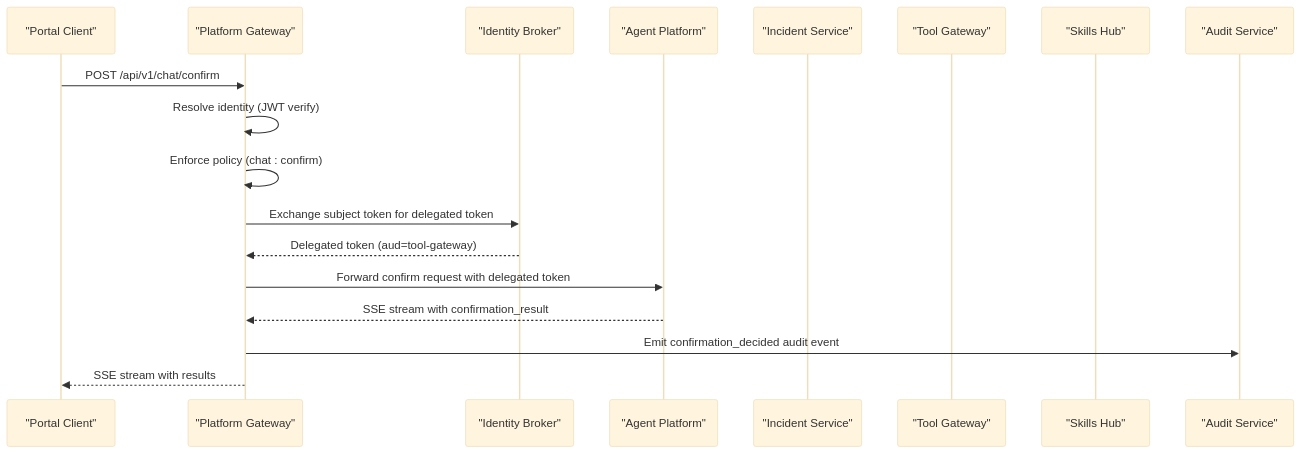
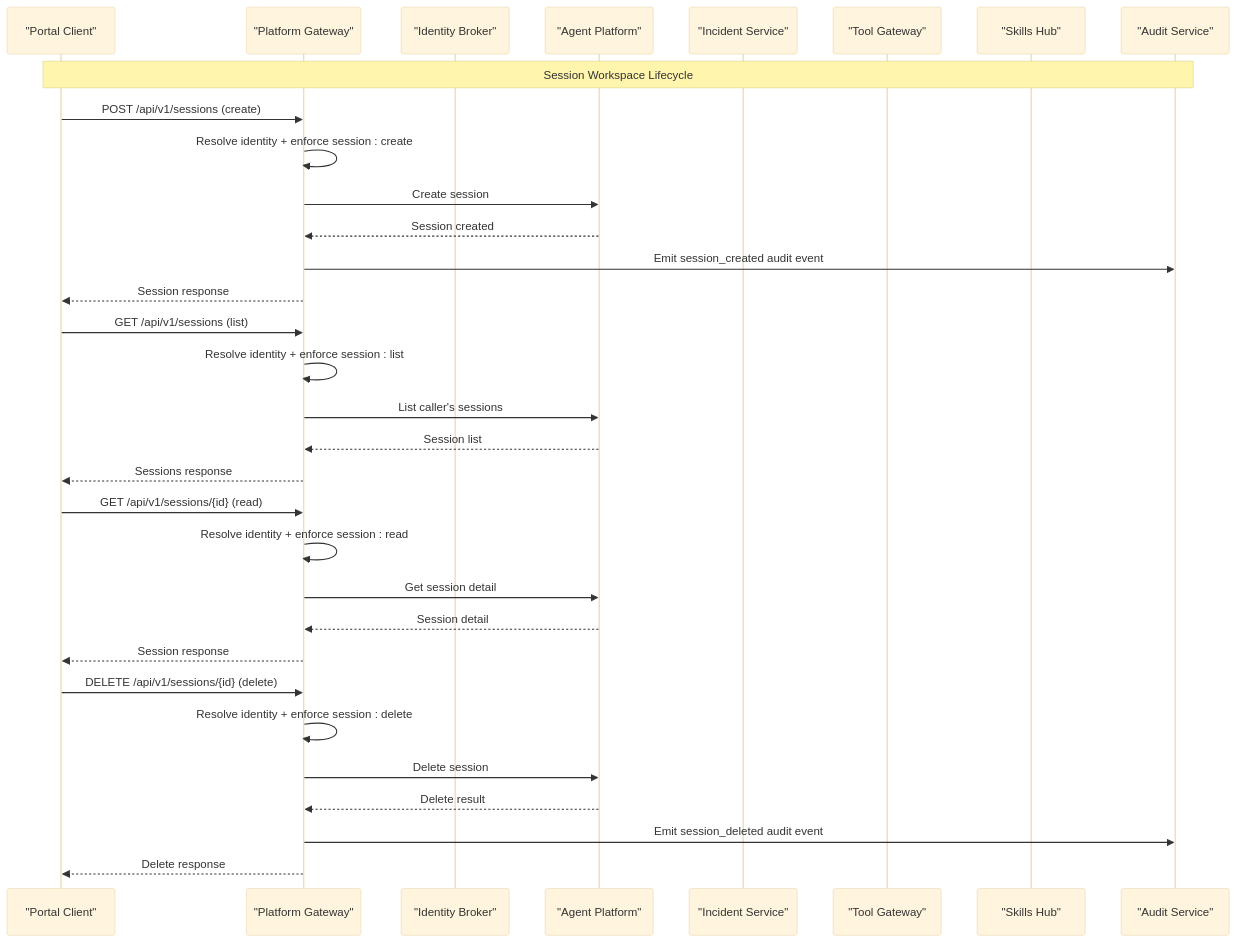
Before and after one commit to metasync/luban-aiops: the second of 18 diagrams in .qoder/repowiki/en/content/Architecture Documentation/Platform Gateway Service.md, drawn with Mermaid (base theme). The commit also changed other lines of this file and 33 other files, not shown here.

````diff
--- a/.qoder/repowiki/en/content/Architecture Documentation/Platform Gateway Service.md
+++ b/.qoder/repowiki/en/content/Architecture Documentation/Platform Gateway Service.md
@@ -225,20 +229,34 @@
 ```mermaid
 sequenceDiagram
 participant Portal as "Portal Client"
 participant GW as "Platform Gateway"
 participant ID as "Identity Broker"
 participant AG as "Agent Platform"
 participant IS as "Incident Service"
 participant TG as "Tool Gateway"
 participant SH as "Skills Hub"
 participant AUD as "Audit Service"
-Portal->>GW : POST /api/v1/chat/confirm
-GW->>GW : Resolve identity (JWT verify)
-GW->>GW : Enforce policy (chat : confirm)
-GW->>ID : Exchange subject token for delegated token
-ID-->>GW : Delegated token (aud=tool-gateway)
-GW->>AG : Forward confirm request with delegated token
-AG-->>GW : SSE stream with confirmation_result
-GW->>AUD : Emit confirmation_decided audit event
-GW-->>Portal : SSE stream with results
+Note over Portal,AUD : Session Workspace Lifecycle
+Portal->>GW : POST /api/v1/sessions (create)
+GW->>GW : Resolve identity + enforce session : create
+GW->>AG : Create session
+AG-->>GW : Session created
+GW->>AUD : Emit session_created audit event
+GW-->>Portal : Session response
+Portal->>GW : GET /api/v1/sessions (list)
+GW->>GW : Resolve identity + enforce session : list
+GW->>AG : List caller's sessions
+AG-->>GW : Session list
+GW-->>Portal : Sessions response
+Portal->>GW : GET /api/v1/sessions/{id} (read)
+GW->>GW : Resolve identity + enforce session : read
+GW->>AG : Get session detail
+AG-->>GW : Session detail
+GW-->>Portal : Session response
+Portal->>GW : DELETE /api/v1/sessions/{id} (delete)
+GW->>GW : Resolve identity + enforce session : delete
+GW->>AG : Delete session
+AG-->>GW : Delete result
+GW->>AUD : Emit session_deleted audit event
+GW-->>Portal : Delete response
 ```
````
